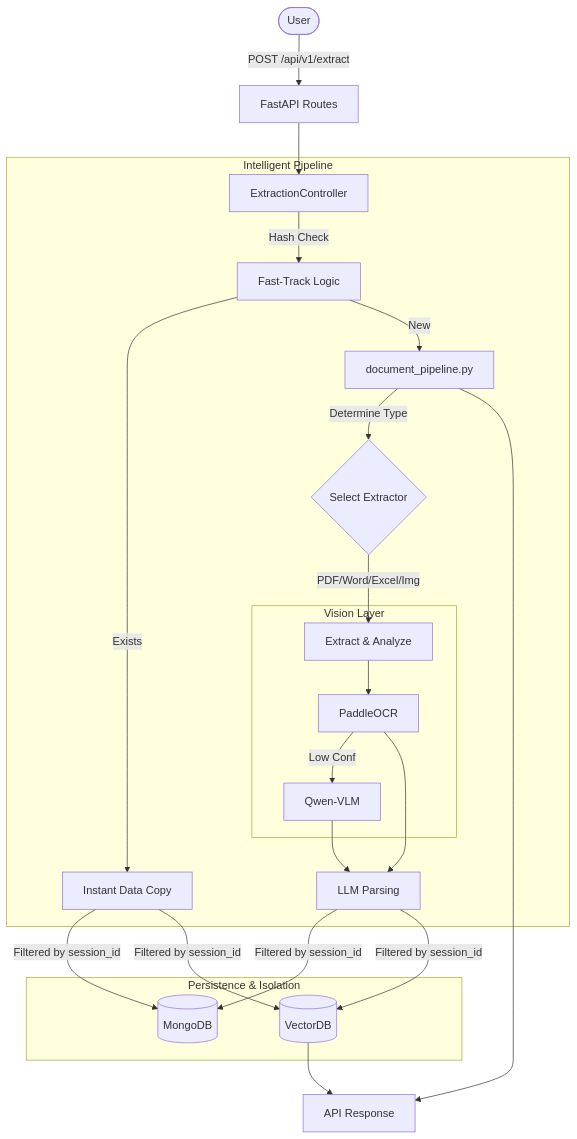
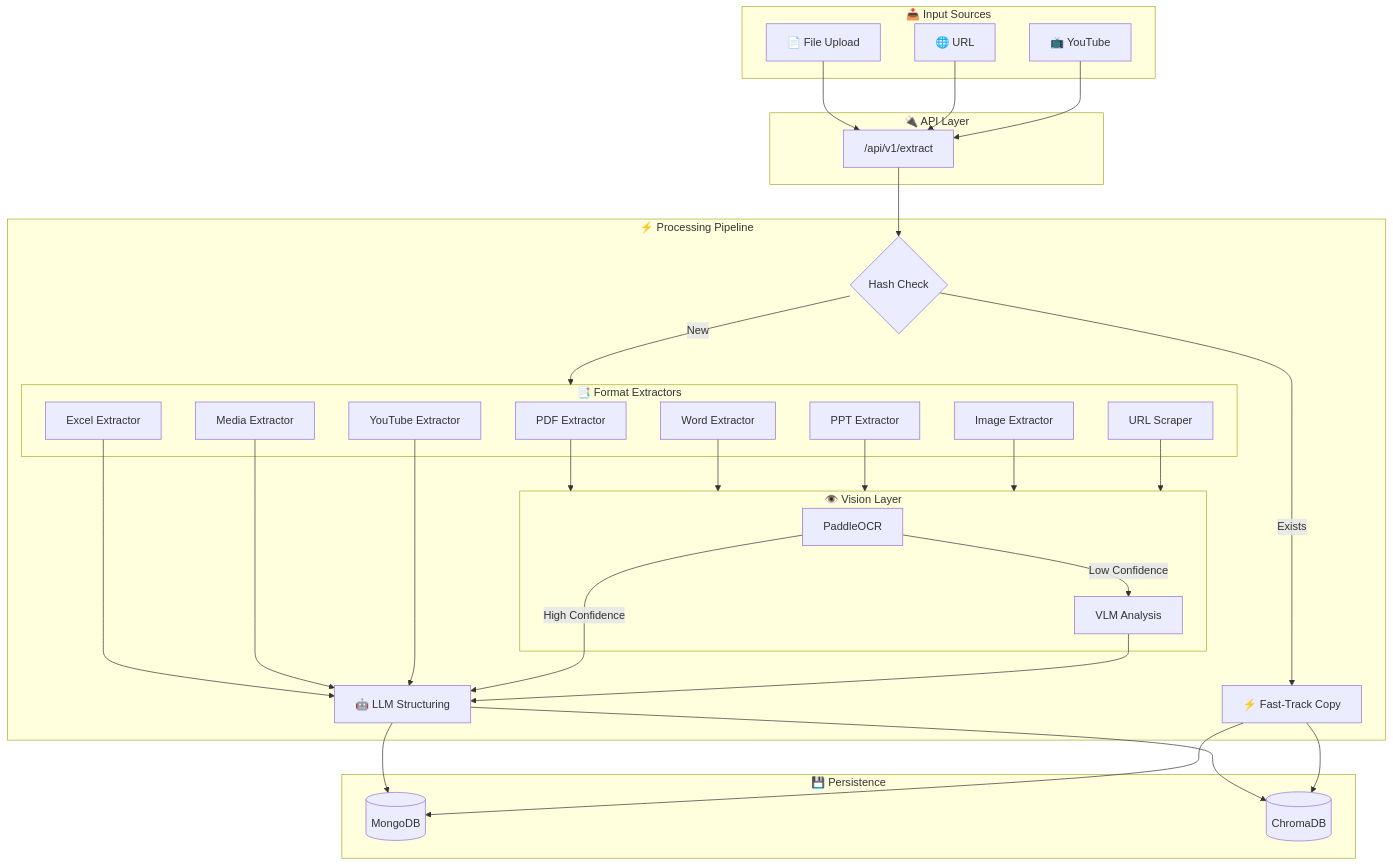
One commit to Mohammed-saber1/DocuMind changed the first of 4 diagrams in README.md. Above: the diagram before and after it, drawn with Mermaid. The commit also changed other lines of this file and 10 other files, not shown here.

Commit message:
merge youtube_url and websites_url in the same input field and accept multiple urls

````diff
--- a/README.md
+++ b/README.md
@@ -37,29 +171,66 @@
 ```mermaid
-graph TD
-    User([User]) -->|POST /api/v1/extract| API[FastAPI Routes]
-    API --> Controller[ExtractionController]
-    
-    subgraph "Intelligent Pipeline"
-        Controller -->|Hash Check| HT[Fast-Track Logic]
-        HT -->|Exists| Copy[Instant Data Copy]
-        HT -->|New| Pipeline[document_pipeline.py]
+flowchart TD
+    subgraph Input["📥 Input Sources"]
+        F[📄 File Upload]
+        U[🌐 URL]
+        Y[📺 YouTube]
+    end
+
+    subgraph API["🔌 API Layer"]
+        E["/api/v1/extract"]
+    end
+
+    subgraph Pipeline["⚡ Processing Pipeline"]
+        H{Hash Check}
+        FT[⚡ Fast-Track Copy]
         
-        Pipeline -->|Determine Type| Extractor{Select Extractor}
-        Extractor -->|PDF/Word/Excel/Img| Processing[Extract & Analyze]
-        
-        subgraph "Vision Layer"
-            Processing --> OCR[PaddleOCR]
-            OCR -->|Low Conf| VLM[Qwen-VLM]
+        subgraph Extractors["📑 Format Extractors"]
+            PDF[PDF Extractor]
+            WORD[Word Extractor]
+            EXCEL[Excel Extractor]
+            PPT[PPT Extractor]
+            IMG[Image Extractor]
+            MEDIA[Media Extractor]
+            URL_E[URL Scraper]
+            YT[YouTube Extractor]
         end
         
-        VLM & OCR --> LLM[LLM Parsing]
+        subgraph Vision["👁️ Vision Layer"]
+            OCR[PaddleOCR]
+            VLM[VLM Analysis]
+        end
+        
+        LLM[🤖 LLM Structuring]
     end
+
+    subgraph Storage["💾 Persistence"]
+        MONGO[(MongoDB)]
+        CHROMA[(ChromaDB)]
+    end
+
+    F --> E
+    U --> E
+    Y --> E
+    E --> H
     
-    subgraph "Persistence & Isolation"
-        LLM & Copy -->|Filtered by session_id| MongoDB[(MongoDB)]
-        LLM & Copy -->|Filtered by session_id| RAG[(VectorDB)]
-    end
+    H -->|Exists| FT
+    H -->|New| Extractors
     
-    RAG --> Response
-    Pipeline --> Response[API Response]
+    PDF --> Vision
+    WORD --> Vision
+    EXCEL --> LLM
+    PPT --> Vision
+    IMG --> Vision
+    MEDIA --> LLM
+    URL_E --> Vision
+    YT --> LLM
+    
+    OCR -->|Low Confidence| VLM
+    OCR -->|High Confidence| LLM
+    VLM --> LLM
+    
+    LLM --> MONGO
+    LLM --> CHROMA
+    FT --> MONGO
+    FT --> CHROMA
 ```
````
